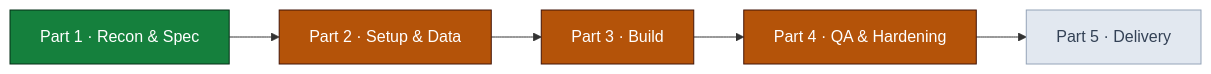
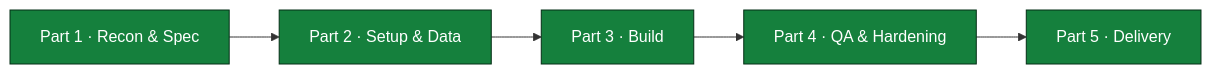
Before and after one commit to sargaprasadrs/TroopodAssignment: the first of 4 diagrams in README.md, drawn with Mermaid. The commit also changed other lines of this file, not shown here.

````diff
--- a/README.md
+++ b/README.md
@@ -11,17 +11,15 @@
 ```mermaid
 flowchart LR
     A["Part 1 · Recon & Spec"] --> B["Part 2 · Setup & Data"]
     B --> C["Part 3 · Build"]
     C --> D["Part 4 · QA & Hardening"]
     D --> E["Part 5 · Delivery"]
 
     A:::done
-    B:::wip
-    C:::wip
-    D:::wip
-    E:::todo
+    B:::done
+    C:::done
+    D:::done
+    E:::done
 
     classDef done fill:#15803d,stroke:#052e16,color:#fff
-    classDef wip fill:#b45309,stroke:#431407,color:#fff
-    classDef todo fill:#e2e8f0,stroke:#94a3b8,color:#334155
 ```
````
